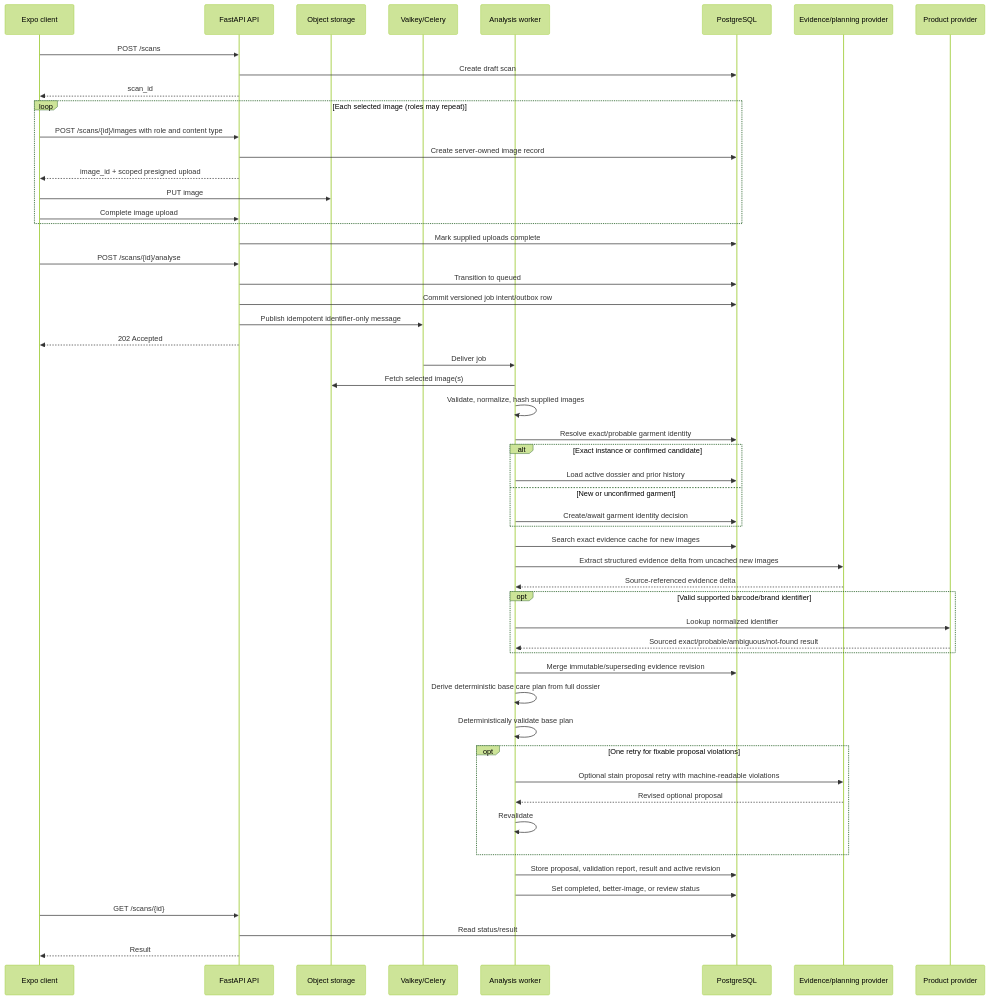
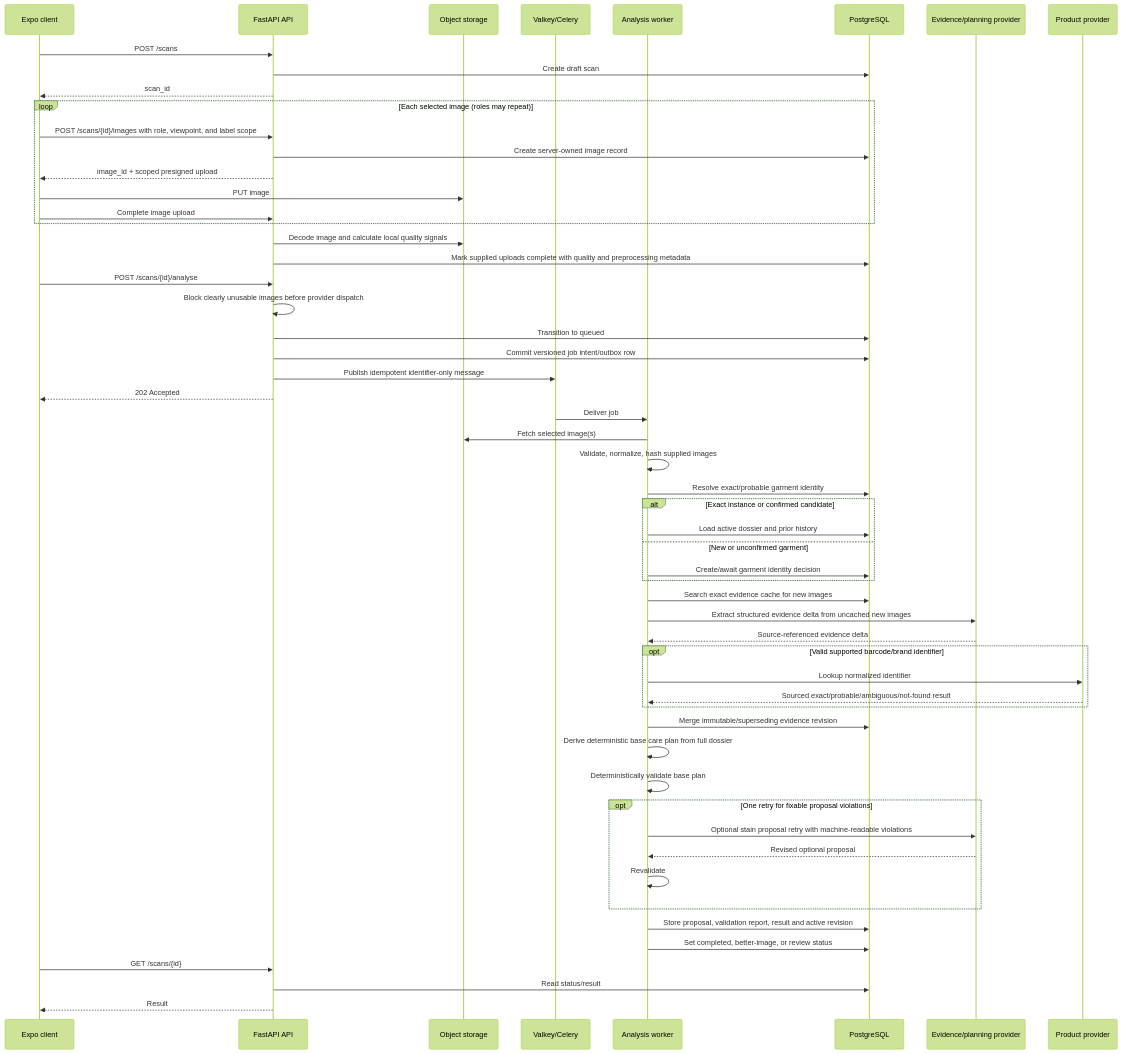
Before and after one commit to acado1986/fabricassist-platform: the third of 4 diagrams in docs/architecture.md, drawn with Mermaid (forest theme). The commit also changed 27 other files, not shown here.

Commit message:
feat(garment-analysis): phase 3 add image routing and quality inputs

````diff
--- a/docs/architecture.md
+++ b/docs/architecture.md
@@ -937,57 +937,59 @@
 ```mermaid
 sequenceDiagram
     participant Client as Expo client
     participant API as FastAPI API
     participant Obj as Object storage
     participant Queue as Valkey/Celery
     participant Worker as Analysis worker
     participant DB as PostgreSQL
     participant Model as Evidence/planning provider
     participant Product as Product provider
 
     Client->>API: POST /scans
     API->>DB: Create draft scan
     API-->>Client: scan_id
     loop Each selected image (roles may repeat)
-        Client->>API: POST /scans/{id}/images with role and content type
+        Client->>API: POST /scans/{id}/images with role, viewpoint, and label scope
         API->>DB: Create server-owned image record
         API-->>Client: image_id + scoped presigned upload
         Client->>Obj: PUT image
         Client->>API: Complete image upload
     end
-    API->>DB: Mark supplied uploads complete
+    API->>Obj: Decode image and calculate local quality signals
+    API->>DB: Mark supplied uploads complete with quality and preprocessing metadata
     Client->>API: POST /scans/{id}/analyse
+    API->>API: Block clearly unusable images before provider dispatch
     API->>DB: Transition to queued
     API->>DB: Commit versioned job intent/outbox row
     API->>Queue: Publish idempotent identifier-only message
     API-->>Client: 202 Accepted
     Queue->>Worker: Deliver job
     Worker->>Obj: Fetch selected image(s)
     Worker->>Worker: Validate, normalize, hash supplied images
     Worker->>DB: Resolve exact/probable garment identity
     alt Exact instance or confirmed candidate
         Worker->>DB: Load active dossier and prior history
     else New or unconfirmed garment
         Worker->>DB: Create/await garment identity decision
     end
     Worker->>DB: Search exact evidence cache for new images
     Worker->>Model: Extract structured evidence delta from uncached new images
     Model-->>Worker: Source-referenced evidence delta
     opt Valid supported barcode/brand identifier
         Worker->>Product: Lookup normalized identifier
         Product-->>Worker: Sourced exact/probable/ambiguous/not-found result
     end
     Worker->>DB: Merge immutable/superseding evidence revision
     Worker->>Worker: Derive deterministic base care plan from full dossier
     Worker->>Worker: Deterministically validate base plan
     opt One retry for fixable proposal violations
         Worker->>Model: Optional stain proposal retry with machine-readable violations
         Model-->>Worker: Revised optional proposal
         Worker->>Worker: Revalidate
     end
     Worker->>DB: Store proposal, validation report, result and active revision
     Worker->>DB: Set completed, better-image, or review status
     Client->>API: GET /scans/{id}
     API->>DB: Read status/result
     API-->>Client: Result
 ```
````
